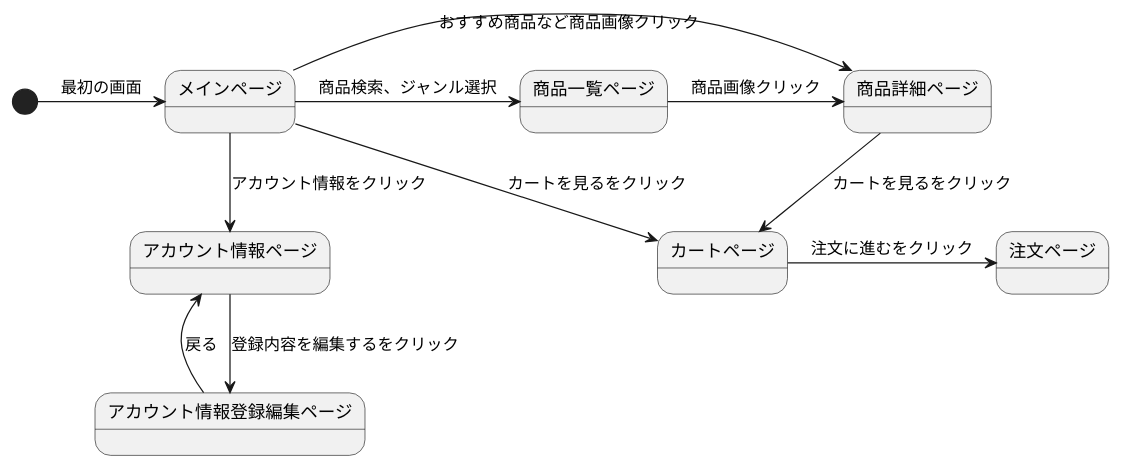
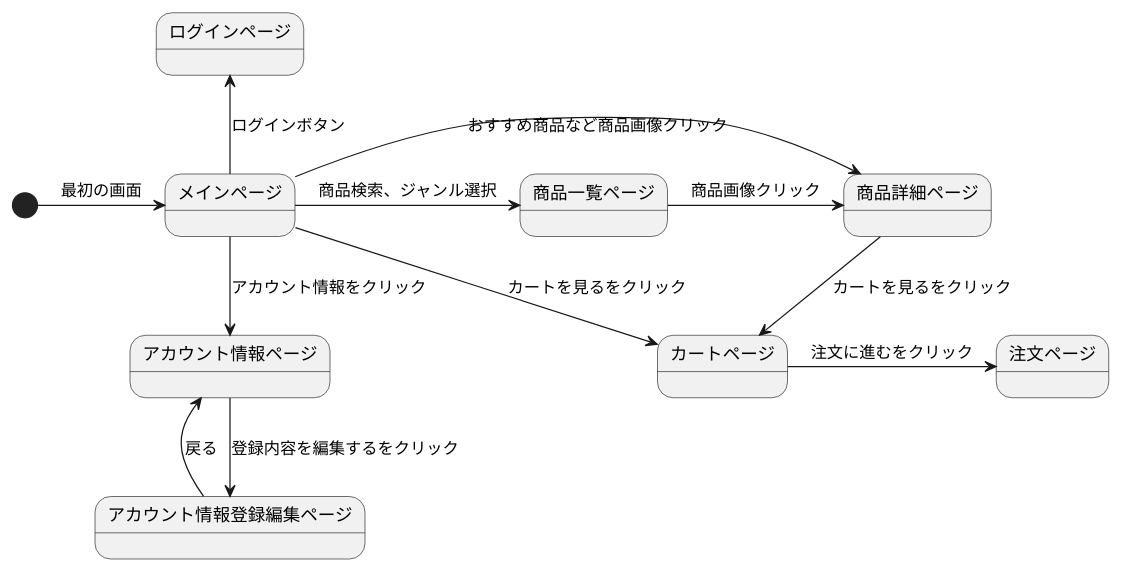
Before and after one commit to Aso2001385/2021sys-design: the first of 2 diagrams in orcashop/StateMachine.md, drawn with PlantUML.

````diff
--- a/orcashop/StateMachine.md
+++ b/orcashop/StateMachine.md
@@ -1,16 +1,17 @@
 ```uml
 @startuml
 
 [*] -> メインページ: 最初の画面
 メインページ -> 商品一覧ページ: 商品検索、ジャンル選択
 メインページ -> 商品詳細ページ: おすすめ商品など商品画像クリック
 商品一覧ページ -> 商品詳細ページ: 商品画像クリック
 商品詳細ページ -down-> カートページ: カートを見るをクリック
 カートページ -> 注文ページ: 注文に進むをクリック
 メインページ -down-> アカウント情報ページ: アカウント情報をクリック
 メインページ -> カートページ: カートを見るをクリック
 アカウント情報ページ -down-> アカウント情報登録編集ページ: 登録内容を編集するをクリック
 アカウント情報登録編集ページ -left-> アカウント情報ページ: 戻る
+メインページ -up-> ログインページ: ログインボタン
 
 @enduml
 ```
````
